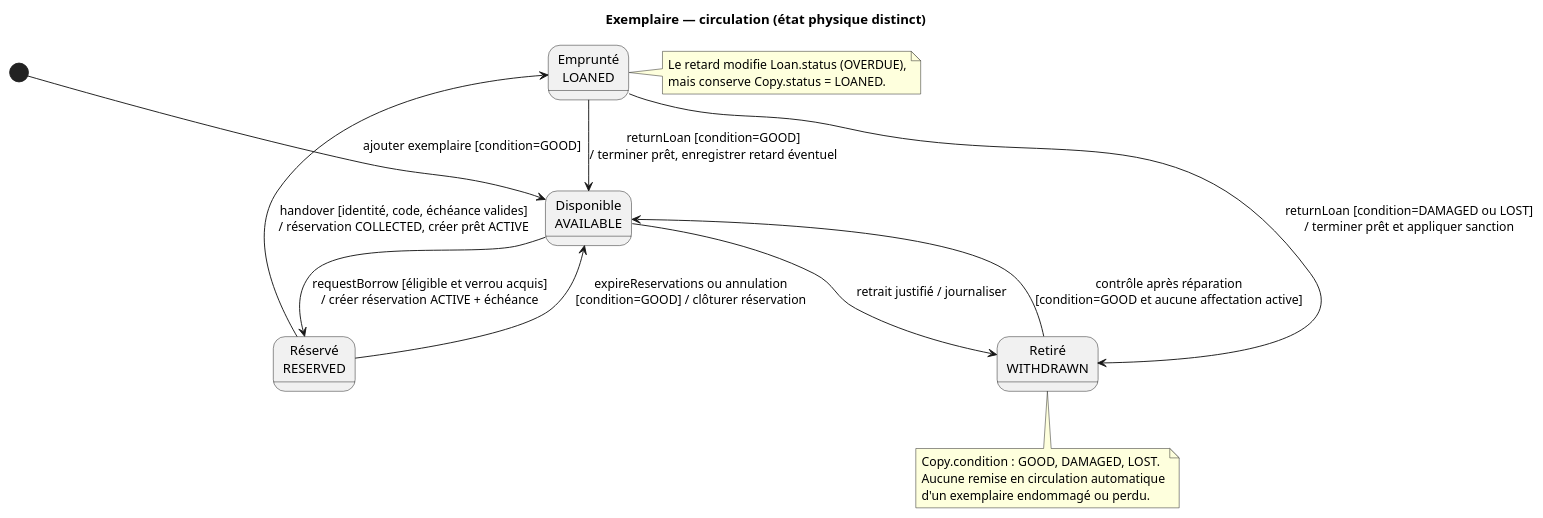
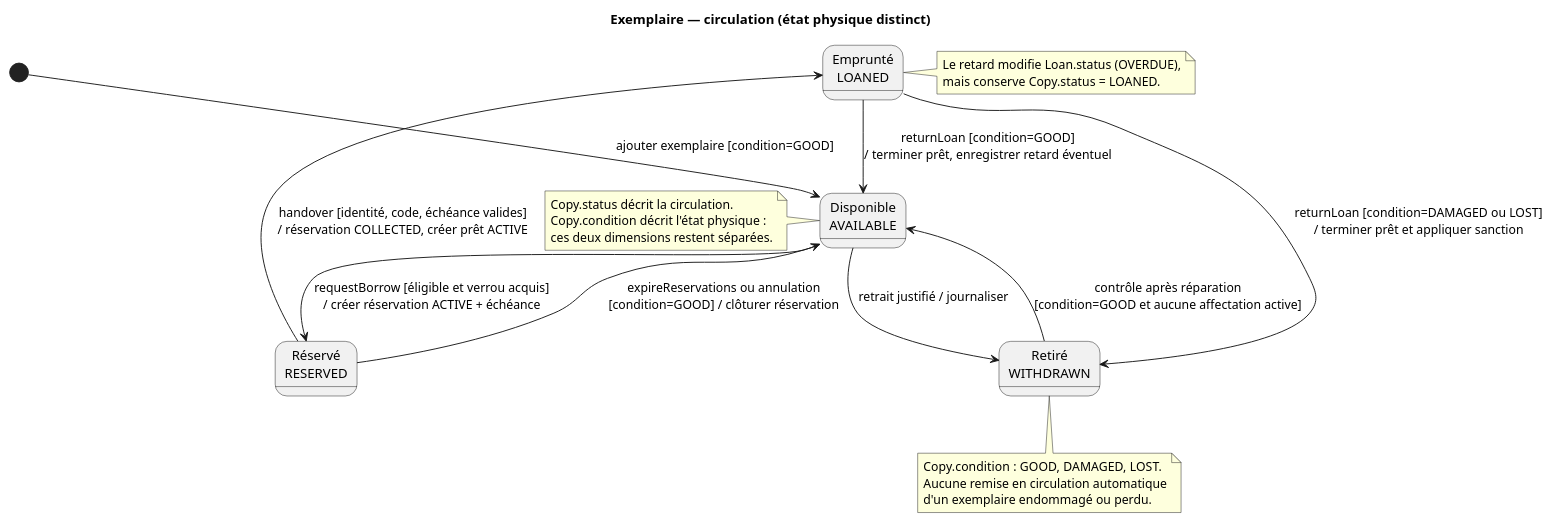
The diagram in docs/uml/04-copy-states.puml (aymanebettaoui/Bibliotheque-Universitaire-USMBA), drawn with PlantUML before and after one commit. The commit also changed 55 other files, not shown here.

```diff
--- a/docs/uml/04-copy-states.puml
+++ b/docs/uml/04-copy-states.puml
@@ -1,24 +1,29 @@
 @startuml
 title Exemplaire — circulation (état physique distinct)
 state "Disponible\nAVAILABLE" as Available
 state "Réservé\nRESERVED" as Reserved
 state "Emprunté\nLOANED" as Loaned
 state "Retiré\nWITHDRAWN" as Withdrawn
 [*] --> Available : ajouter exemplaire [condition=GOOD]
 Available --> Reserved : requestBorrow [éligible et verrou acquis]\n/ créer réservation ACTIVE + échéance
 Reserved --> Available : expireReservations ou annulation\n[condition=GOOD] / clôturer réservation
 Reserved --> Loaned : handover [identité, code, échéance valides]\n/ réservation COLLECTED, créer prêt ACTIVE
 Loaned --> Available : returnLoan [condition=GOOD]\n/ terminer prêt, enregistrer retard éventuel
 Loaned --> Withdrawn : returnLoan [condition=DAMAGED ou LOST]\n/ terminer prêt et appliquer sanction
 Available --> Withdrawn : retrait justifié / journaliser
 Withdrawn --> Available : contrôle après réparation\n[condition=GOOD et aucune affectation active]
 note right of Loaned
 Le retard modifie Loan.status (OVERDUE),
 mais conserve Copy.status = LOANED.
 end note
 note bottom of Withdrawn
 Copy.condition : GOOD, DAMAGED, LOST.
 Aucune remise en circulation automatique
 d'un exemplaire endommagé ou perdu.
 end note
+note left of Available
+Copy.status décrit la circulation.
+Copy.condition décrit l'état physique :
+ces deux dimensions restent séparées.
+end note
 @enduml
```
